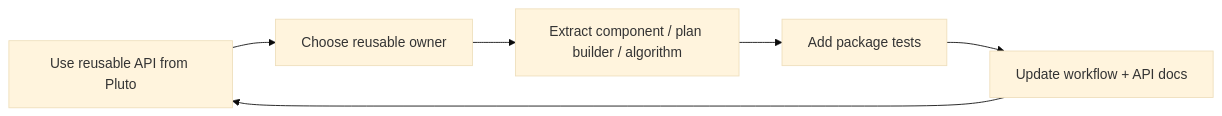
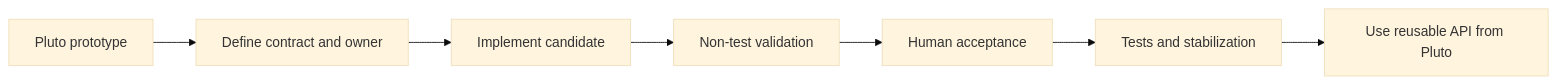
One commit to arfiligol/superconducting-circuits-research-workbench changed the diagram in docs/workflows/reusable-circuit-authoring/promote-pluto-prototype-to-reusable-core.md. Above: the diagram before and after it, drawn with Mermaid (base theme). The commit also changed other lines of this file and 17 other files, not shown here.

````diff
--- a/docs/workflows/reusable-circuit-authoring/promote-pluto-prototype-to-reusable-core.md
+++ b/docs/workflows/reusable-circuit-authoring/promote-pluto-prototype-to-reusable-core.md
@@ -35,8 +35,9 @@
 ```mermaid
 flowchart LR
-  Notebook["Pluto prototype"] --> Owner["Choose reusable owner"]
-  Owner --> Builder["Extract component / plan builder / algorithm"]
-  Builder --> Tests["Add package tests"]
-  Tests --> Docs["Update workflow + API docs"]
-  Docs --> Notebook["Use reusable API from Pluto"]
+  Notebook["Pluto prototype"] --> Contract["Define contract and owner"]
+  Contract --> Candidate["Implement candidate"]
+  Candidate --> Validate["Non-test validation"]
+  Validate --> Accept["Human acceptance"]
+  Accept --> Stabilize["Tests and stabilization"]
+  Stabilize --> Reuse["Use reusable API from Pluto"]
 ```
````
